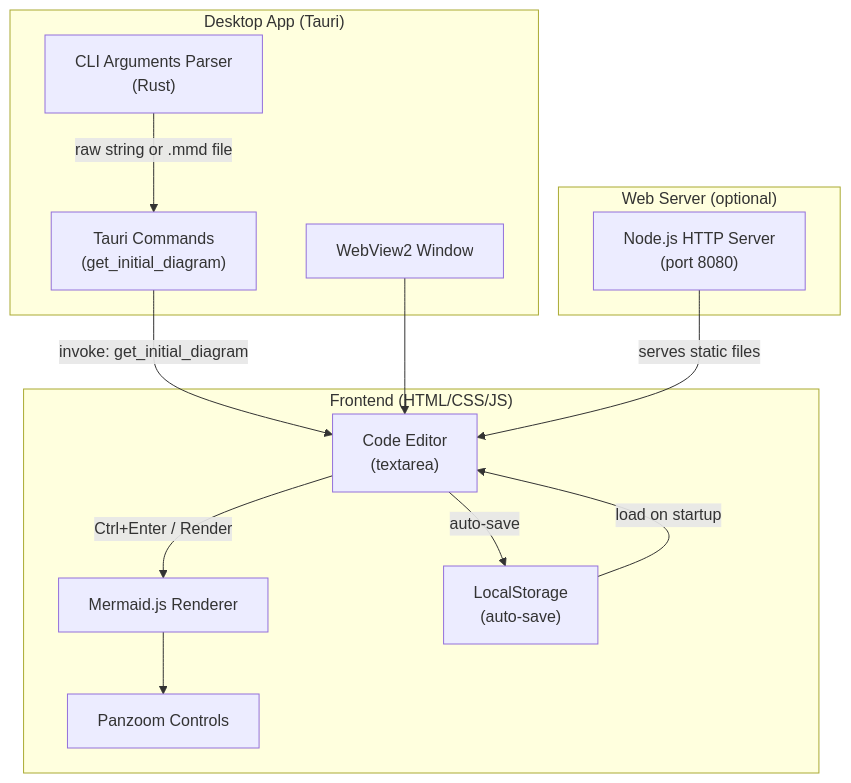
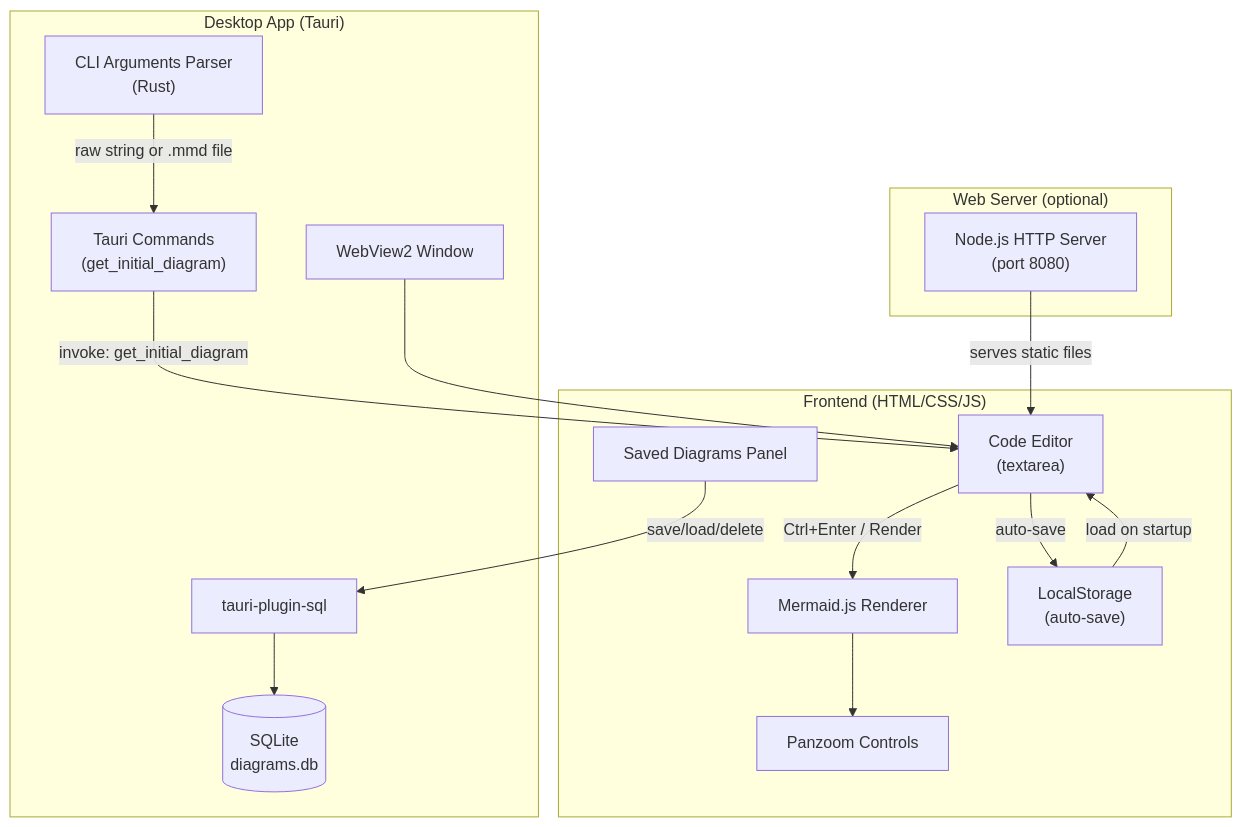
Before and after one commit to alejandroechev/mermaid-viewer: the diagram in docs/system-diagram.md, drawn with Mermaid. The commit also changed other lines of this file and 12 other files, not shown here.

First line of the commit message:
Add save/load diagrams with SQLite storage

````diff
--- a/docs/system-diagram.md
+++ b/docs/system-diagram.md
@@ -3,28 +3,33 @@
 ```mermaid
 graph TD
     subgraph "Desktop App (Tauri)"
         CLI["CLI Arguments Parser<br/>(Rust)"]
         Webview["WebView2 Window"]
         TauriCmd["Tauri Commands<br/>(get_initial_diagram)"]
+        SQLPlugin["tauri-plugin-sql"]
+        SQLiteDB[(SQLite<br/>diagrams.db)]
     end
 
     subgraph "Frontend (HTML/CSS/JS)"
         Editor["Code Editor<br/>(textarea)"]
         Renderer["Mermaid.js Renderer"]
         PanZoom["Panzoom Controls"]
         LocalStorage["LocalStorage<br/>(auto-save)"]
+        SavePanel["Saved Diagrams Panel"]
     end
 
     subgraph "Web Server (optional)"
         NodeServer["Node.js HTTP Server<br/>(port 8080)"]
     end
 
     CLI -->|"raw string or .mmd file"| TauriCmd
     TauriCmd -->|"invoke: get_initial_diagram"| Editor
     Webview --> Editor
     Editor -->|"Ctrl+Enter / Render"| Renderer
     Renderer --> PanZoom
     Editor -->|"auto-save"| LocalStorage
     LocalStorage -->|"load on startup"| Editor
     NodeServer -->|"serves static files"| Editor
+    SavePanel -->|"save/load/delete"| SQLPlugin
+    SQLPlugin --> SQLiteDB
 ```
````
